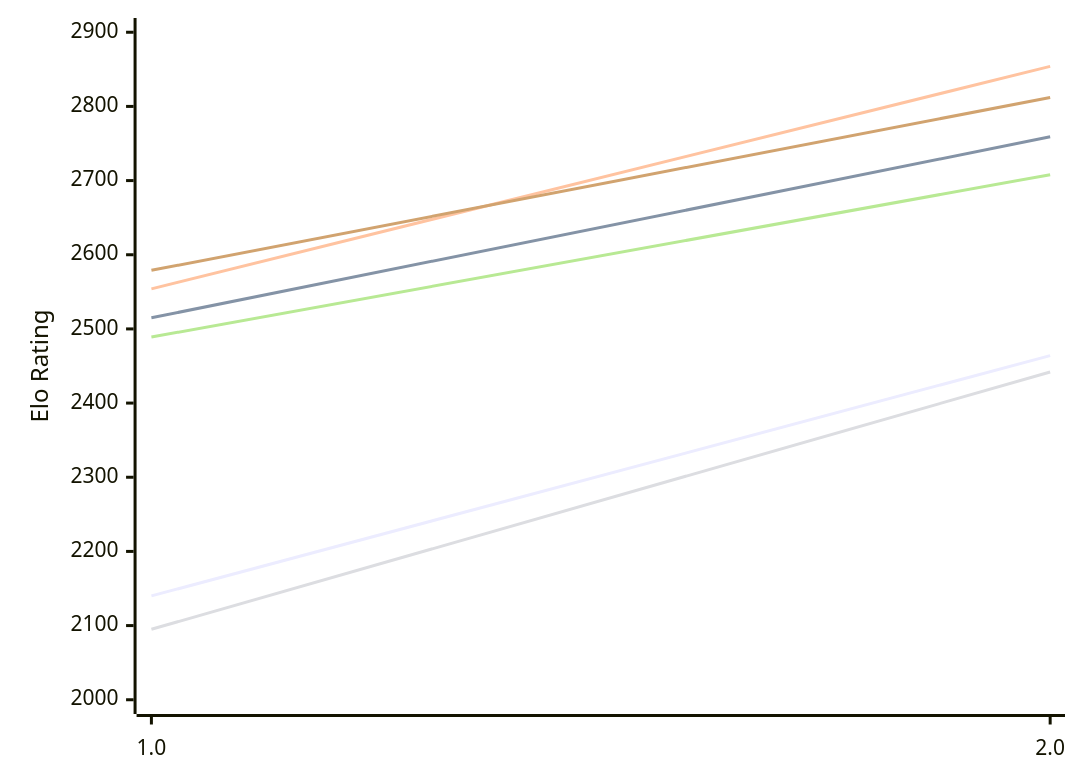
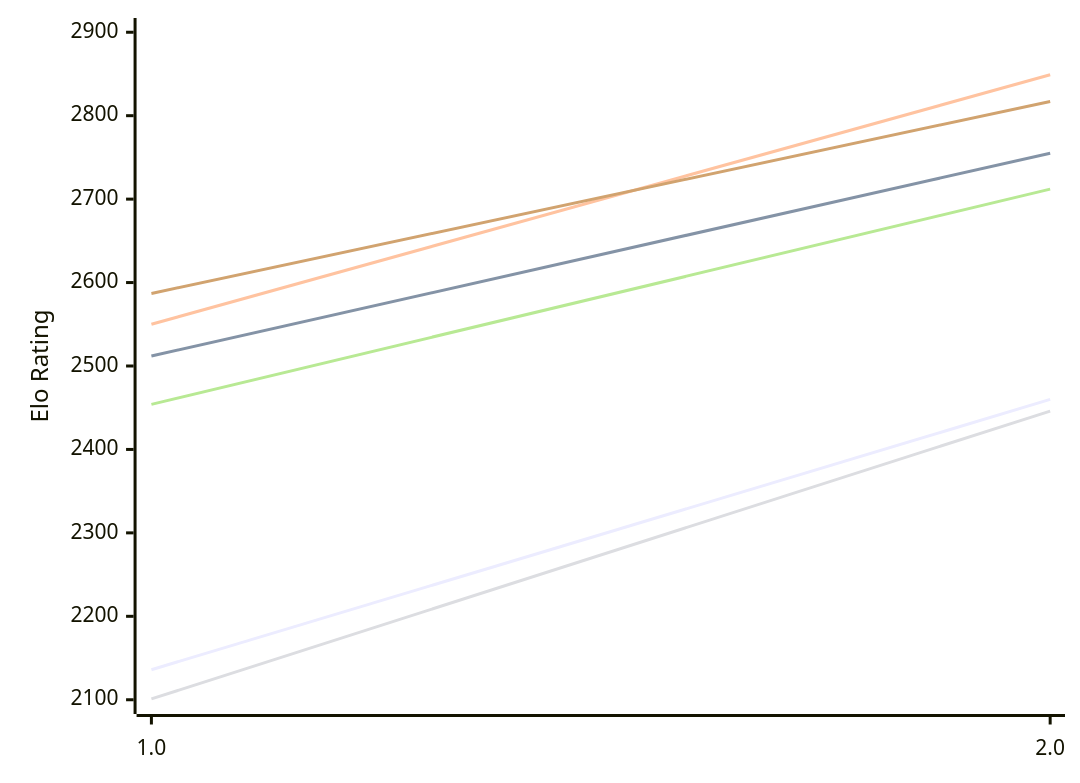
The first of 2 diagrams in engines/Revolver.md (computer-chess-index/cci), drawn with Mermaid before and after one commit. The commit also changed other lines of this file, not shown here.

Commit message:
Update CCI Ratings (ELO VLTC) - 2026-11-21

````diff
--- a/engines/Revolver.md
+++ b/engines/Revolver.md
@@ -50,12 +50,12 @@
 ```mermaid
 %%{init: {"theme":"base","themeVariables":{"seriesColors:['#a3a3a3','#222221','#faa371']}}}%%
 xychart-beta
   x-axis ["1.0", "2.0"]
-  y-axis "Elo Rating" 2000 --> 2900
-  line "E1: STC (8.0+0.08s)" [2140, 2464]
-  line "E1: LTC (60.0+0.60s)" [2515, 2759]
-  line "E1: VLTC (2m24s+1.12s)" [2554, 2854]
-  line "P1: STC (8.0+0.08s)" [2095, 2442]
-  line "P1: LTC (60.0+0.60s)" [2489, 2708]
-  line "P1: VLTC (2m24s+1.12s)" [2579, 2812]
+  y-axis "Elo Rating" 2100 --> 2900
+  line "E1: STC (8.0+0.08s)" [2136, 2460]
+  line "E1: LTC (60.0+0.60s)" [2512, 2755]
+  line "E1: VLTC (2m24s+1.12s)" [2550, 2849]
+  line "P1: STC (8.0+0.08s)" [2101, 2446]
+  line "P1: LTC (60.0+0.60s)" [2454, 2712]
+  line "P1: VLTC (2m24s+1.12s)" [2587, 2817]
 ```
````
